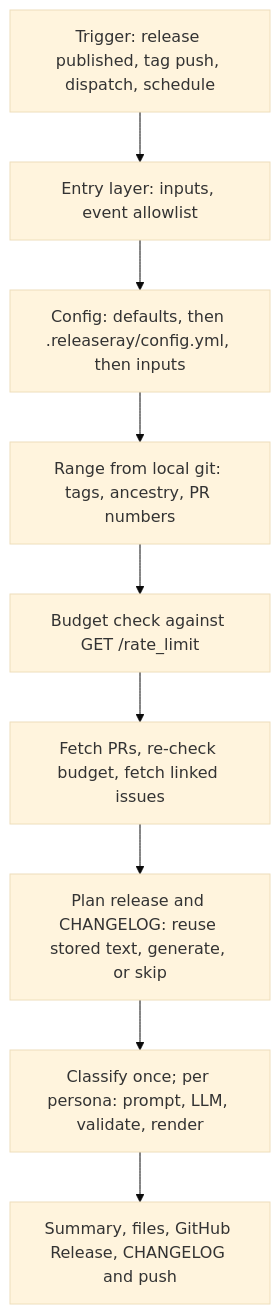
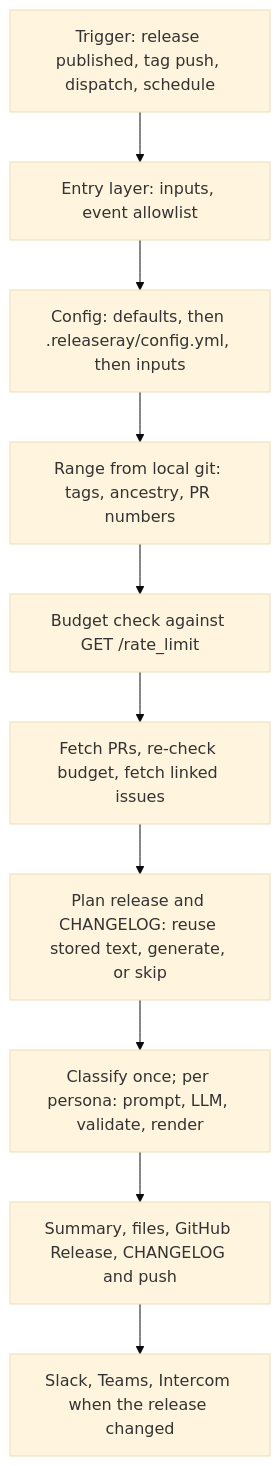
Before and after one commit to cristobalmitchell/releaseray: the diagram in README.md, drawn with Mermaid (base theme). The commit also changed other lines of this file and 39 other files, not shown here.

First line of the commit message:
feat(notify): Slack, Teams and Intercom sinks (#68) (#76)

````diff
--- a/README.md
+++ b/README.md
@@ -212,11 +229,12 @@
 ```mermaid
 flowchart TD
   T["Trigger: release published, tag push, dispatch, schedule"] --> A["Entry layer: inputs, event allowlist"]
   A --> C["Config: defaults, then .releaseray/config.yml, then inputs"]
   C --> R["Range from local git: tags, ancestry, PR numbers"]
   R --> B["Budget check against GET /rate_limit"]
   B --> F["Fetch PRs, re-check budget, fetch linked issues"]
   F --> P["Plan release and CHANGELOG: reuse stored text, generate, or skip"]
   P --> G["Classify once; per persona: prompt, LLM, validate, render"]
   G --> O["Summary, files, GitHub Release, CHANGELOG and push"]
+  O --> N["Slack, Teams, Intercom when the release changed"]
 ```
````
